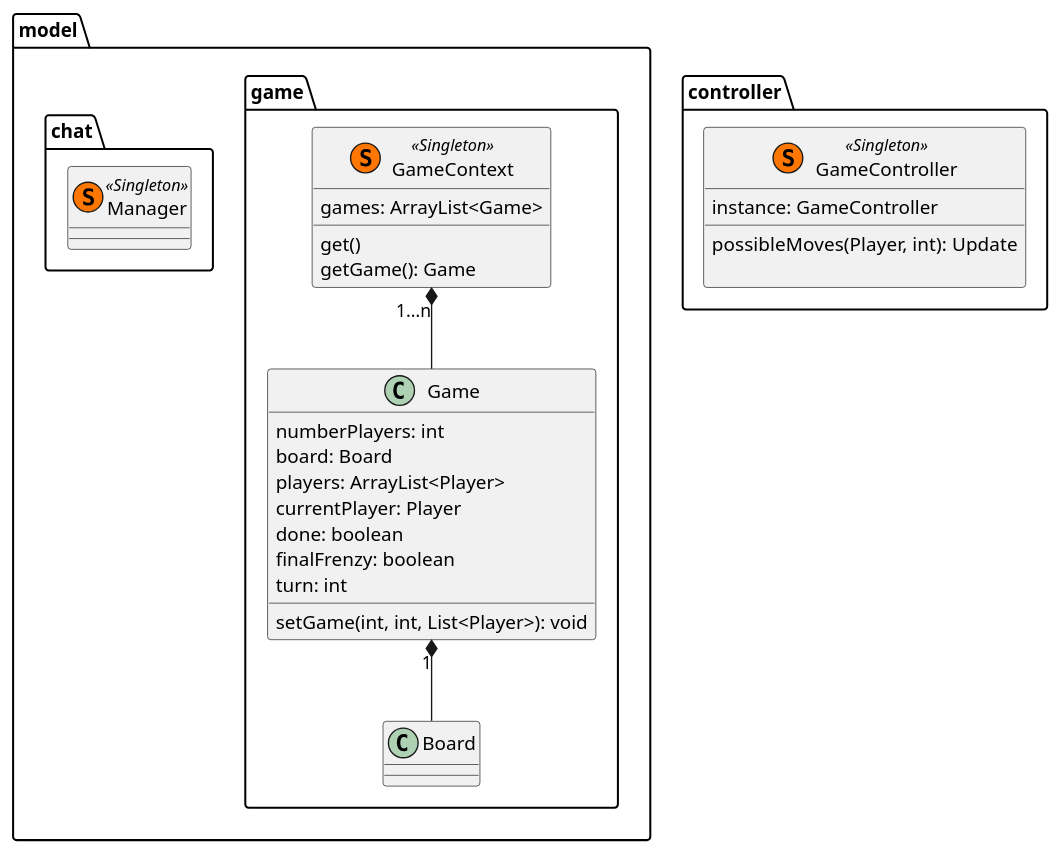
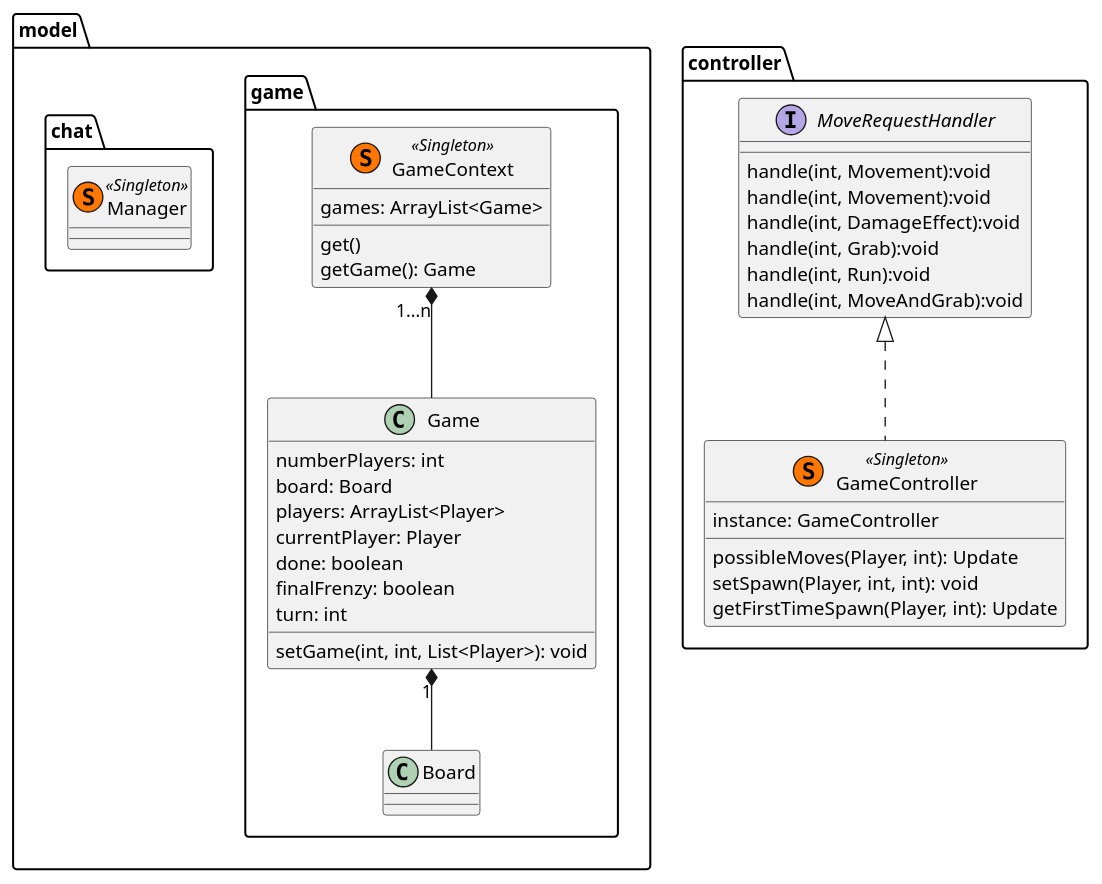
One commit to elenasl96/ing-sw-2019-6 changed the diagram in utility/Diagramma.puml. Above: the diagram before and after it, drawn with PlantUML.

```diff
--- a/utility/Diagramma.puml
+++ b/utility/Diagramma.puml
@@ -1,45 +1,54 @@
 @startuml
 package model{
     package game{
         class GameContext  << (S,#FF7700) Singleton >> {
             games: ArrayList<Game>
             __
             get()
             getGame(): Game
         }
 
         GameContext "1...n" *-- Game
 
         class Game{
             numberPlayers: int
             board: Board
             players: ArrayList<Player>
             currentPlayer: Player
             done: boolean
             finalFrenzy: boolean
             turn: int
             __
             setGame(int, int, List<Player>): void
         }
 
         Game "1" *-- Board
 
         class Board{
 
         }
     }
     package chat{
             class Manager  << (S,#FF7700) Singleton >> {
-        }
+            }
     }
 }
 
 package controller{
-    class GameController  << (S,#FF7700) Singleton >> {
+    class GameController  << (S,#FF7700) Singleton >> implements MoveRequestHandler {
         instance: GameController
         __
         possibleMoves(Player, int): Update
-        
+        setSpawn(Player, int, int): void
+        getFirstTimeSpawn(Player, int): Update
+    }
+    interface MoveRequestHandler{
+        handle(int, Movement):void
+        handle(int, Movement):void
+        handle(int, DamageEffect):void
+        handle(int, Grab):void
+        handle(int, Run):void
+        handle(int, MoveAndGrab):void
     }
 }
 @enduml
```
